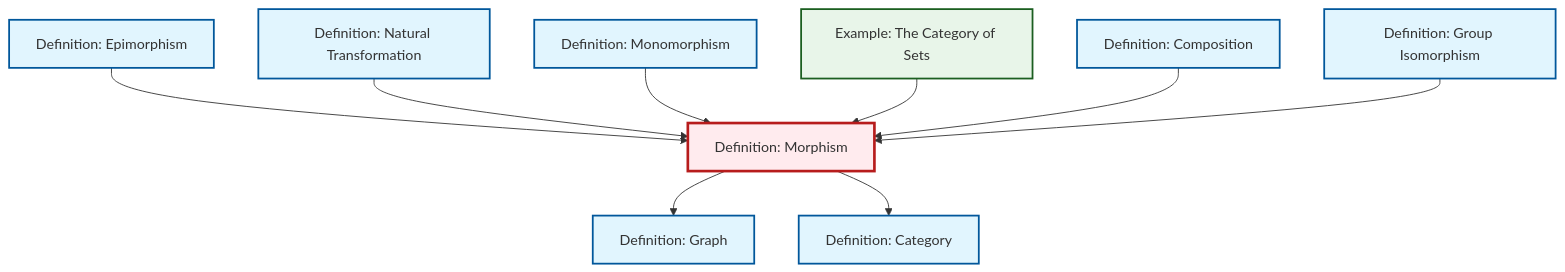
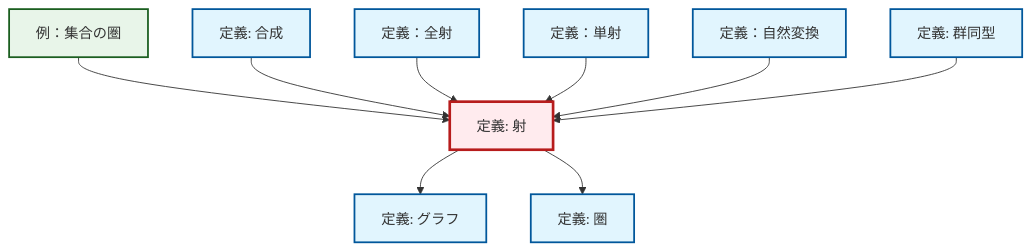
One commit to RK0429/ModernMath changed the diagram in content/ja/category-theory/def-morphism.qmd. Above: the diagram before and after it, drawn with Mermaid. The commit also changed 1069 other files, not shown here.

````diff
--- a/content/ja/category-theory/def-morphism.qmd
+++ b/content/ja/category-theory/def-morphism.qmd
@@ -57,35 +57,35 @@
 ```{mermaid}
 %%| fig-cap: "Local dependency graph"
 graph TD
     classDef definition fill:#e1f5fe,stroke:#01579b,stroke-width:2px
     classDef theorem fill:#f3e5f5,stroke:#4a148c,stroke-width:2px
     classDef axiom fill:#fff3e0,stroke:#e65100,stroke-width:2px
     classDef example fill:#e8f5e9,stroke:#1b5e20,stroke-width:2px
     classDef current fill:#ffebee,stroke:#b71c1c,stroke-width:3px
-    def-graph["Definition: Graph"]:::definition
-    def-isomorphism["Definition: Group Isomorphism"]:::definition
-    def-natural-transformation["Definition: Natural Transformation"]:::definition
-    def-epimorphism["Definition: Epimorphism"]:::definition
-    def-category["Definition: Category"]:::definition
-    def-morphism["Definition: Morphism"]:::definition
-    def-composition["Definition: Composition"]:::definition
-    ex-set-category["Example: The Category of Sets"]:::example
-    def-monomorphism["Definition: Monomorphism"]:::definition
+    def-monomorphism["定義：単射"]:::definition
+    def-category["定義: 圏"]:::definition
+    def-graph["定義: グラフ"]:::definition
+    def-epimorphism["定義：全射"]:::definition
+    def-isomorphism["定義: 群同型"]:::definition
+    def-natural-transformation["定義：自然変換"]:::definition
+    def-composition["定義: 合成"]:::definition
+    ex-set-category["例：集合の圏"]:::example
+    def-morphism["定義: 射"]:::definition
+    ex-set-category --> def-morphism
+    def-composition --> def-morphism
     def-epimorphism --> def-morphism
+    def-monomorphism --> def-morphism
     def-natural-transformation --> def-morphism
     def-morphism --> def-graph
-    def-monomorphism --> def-morphism
     def-morphism --> def-category
-    ex-set-category --> def-morphism
-    def-composition --> def-morphism
     def-isomorphism --> def-morphism
     class def-morphism current
-    click def-graph "def-graph.html" "Definition: Graphへ"
-    click def-isomorphism "def-isomorphism.html" "Definition: Group Isomorphismへ"
-    click def-natural-transformation "def-natural-transformation.html" "Definition: Natural Transformationへ"
-    click def-epimorphism "def-epimorphism.html" "Definition: Epimorphismへ"
-    click def-category "def-category.html" "Definition: Categoryへ"
-    click def-composition "def-composition.html" "Definition: Compositionへ"
-    click ex-set-category "ex-set-category.html" "Example: The Category of Setsへ"
-    click def-monomorphism "def-monomorphism.html" "Definition: Monomorphismへ"
+    click def-monomorphism "def-monomorphism.html" "定義：単射へ"
+    click def-category "def-category.html" "圏の定義へ"
+    click def-graph "def-graph.html" "グラフの定義へ"
+    click def-epimorphism "def-epimorphism.html" "定義：全射へ"
+    click def-isomorphism "def-isomorphism.html" "群同型の定義へ"
+    click def-natural-transformation "def-natural-transformation.html" "定義：自然変換へ"
+    click def-composition "def-composition.html" "合成の定義へ"
+    click ex-set-category "ex-set-category.html" "例：集合の圏へ"
 ```
````
